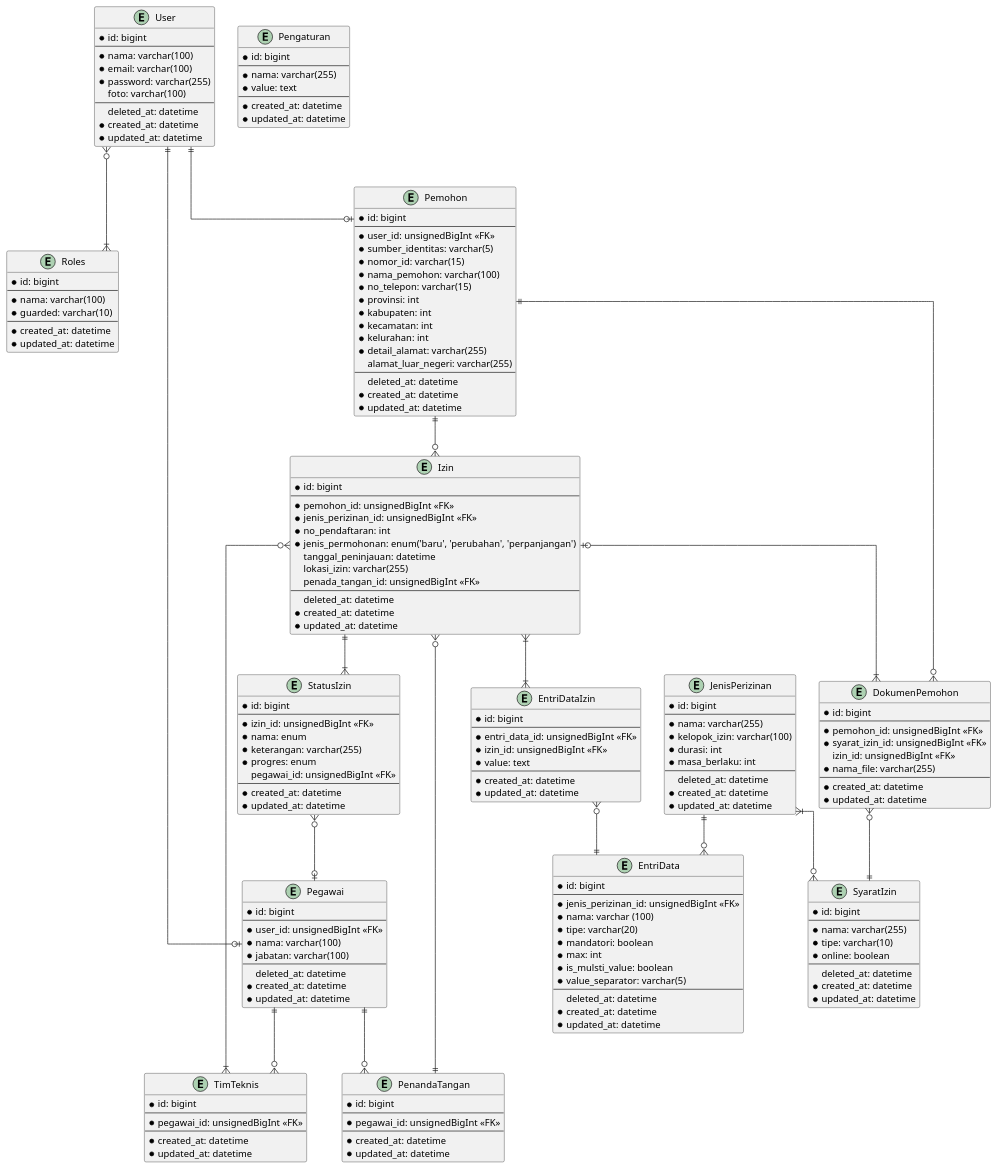
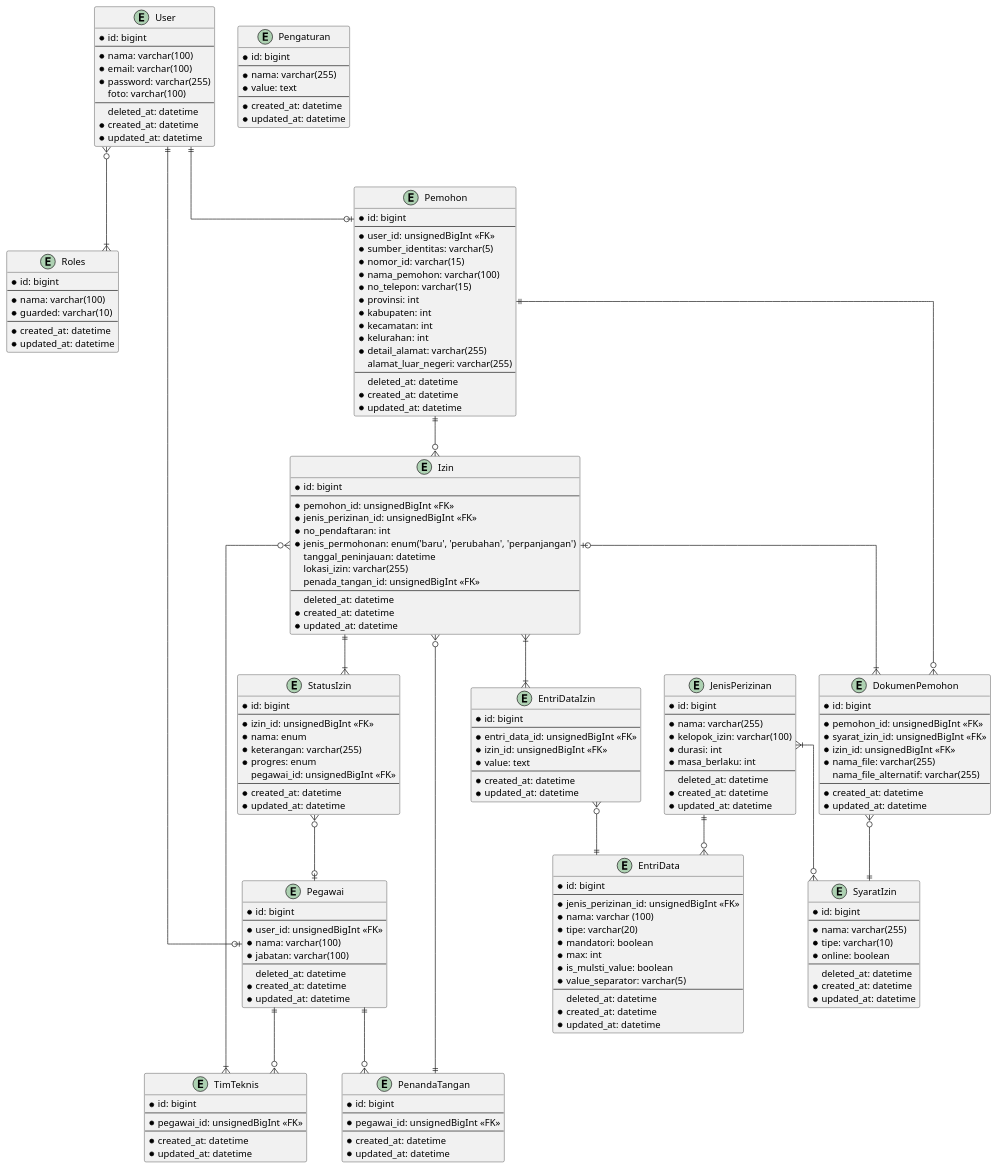
The diagram in docs/diagrams/src/database.puml (maleolabs/nest-nestara-web), drawn with PlantUML before and after one commit. The commit also changed 17 other files, not shown here.

```diff
--- a/docs/diagrams/src/database.puml
+++ b/docs/diagrams/src/database.puml
@@ -1,199 +1,200 @@
 @startuml pmptsp
 
 skinparam linetype ortho
 
 entity User {
     * id: bigint
     --
     * nama: varchar(100)
     * email: varchar(100)
     * password: varchar(255)
       foto: varchar(100)
     --
       deleted_at: datetime
     * created_at: datetime
     * updated_at: datetime
 }
 
 entity Roles {
     * id: bigint
     --
     * nama: varchar(100)
     * guarded: varchar(10)
     --
     * created_at: datetime
     * updated_at: datetime
 }
 
 entity Pegawai {
     * id: bigint
     --
     * user_id: unsignedBigInt <<FK>>
     * nama: varchar(100)
     * jabatan: varchar(100)
     --
       deleted_at: datetime
     * created_at: datetime
     * updated_at: datetime
 }
 
 entity PenandaTangan {
     * id: bigint
     --
     * pegawai_id: unsignedBigInt <<FK>>
     --
     * created_at: datetime
     * updated_at: datetime
 }
 
 entity TimTeknis {
     * id: bigint
     --
     * pegawai_id: unsignedBigInt <<FK>>
     --
     * created_at: datetime
     * updated_at: datetime
 }
 
 entity Pemohon {
     * id: bigint
     --
     * user_id: unsignedBigInt <<FK>>
     * sumber_identitas: varchar(5)
     * nomor_id: varchar(15)
     * nama_pemohon: varchar(100)
     * no_telepon: varchar(15)
     * provinsi: int
     * kabupaten: int
     * kecamatan: int
     * kelurahan: int
     * detail_alamat: varchar(255)
       alamat_luar_negeri: varchar(255)
     --
       deleted_at: datetime
     * created_at: datetime
     * updated_at: datetime
 }
 
 entity JenisPerizinan {
     * id: bigint
     --
     * nama: varchar(255)
     * kelopok_izin: varchar(100)
     * durasi: int
     * masa_berlaku: int
     --
       deleted_at: datetime
     * created_at: datetime
     * updated_at: datetime
 }
 
 entity EntriData {
     * id: bigint
     --
     * jenis_perizinan_id: unsignedBigInt <<FK>>
     * nama: varchar (100)
     * tipe: varchar(20)
     * mandatori: boolean
     * max: int
     * is_mulsti_value: boolean
     * value_separator: varchar(5)
     --
       deleted_at: datetime
     * created_at: datetime
     * updated_at: datetime
 }
 
 entity SyaratIzin {
     * id: bigint
     --
     * nama: varchar(255)
     * tipe: varchar(10)
     * online: boolean
     --
       deleted_at: datetime
     * created_at: datetime
     * updated_at: datetime
 }
 
 entity DokumenPemohon {
     * id: bigint
     --
     * pemohon_id: unsignedBigInt <<FK>>
     * syarat_izin_id: unsignedBigInt <<FK>>
-      izin_id: unsignedBigInt <<FK>>
+    * izin_id: unsignedBigInt <<FK>>
     * nama_file: varchar(255)
+      nama_file_alternatif: varchar(255)
     --
     * created_at: datetime
     * updated_at: datetime
 }
 
 entity Izin {
     * id: bigint
     --
     * pemohon_id: unsignedBigInt <<FK>>
     * jenis_perizinan_id: unsignedBigInt <<FK>>
     * no_pendaftaran: int
     * jenis_permohonan: enum('baru', 'perubahan', 'perpanjangan')
       tanggal_peninjauan: datetime
       lokasi_izin: varchar(255)
       penada_tangan_id: unsignedBigInt <<FK>>
     --
       deleted_at: datetime
     * created_at: datetime
     * updated_at: datetime
 }
 
 entity StatusIzin {
     * id: bigint
     --
     * izin_id: unsignedBigInt <<FK>>
     * nama: enum
     * keterangan: varchar(255)
     * progres: enum
       pegawai_id: unsignedBigInt <<FK>>
     --
     * created_at: datetime
     * updated_at: datetime
 }
 
 entity EntriDataIzin {
     * id: bigint
     --
     * entri_data_id: unsignedBigInt <<FK>>
     * izin_id: unsignedBigInt <<FK>>
     * value: text
     --
     * created_at: datetime
     * updated_at: datetime
 }
 
 entity Pengaturan {
     * id: bigint
     --
     * nama: varchar(255)
     * value: text
     --
     * created_at: datetime
     * updated_at: datetime
 }
 
 User }o--|{ Roles
 User ||--o| Pemohon
 User ||--o| Pegawai
 Pegawai ||--o{ PenandaTangan
 Pegawai ||--o{ TimTeknis
 JenisPerizinan }|--o{ SyaratIzin
 JenisPerizinan ||--o{ EntriData
 EntriDataIzin }o--|| EntriData
 DokumenPemohon }o--|| Pemohon
 DokumenPemohon }o--|| SyaratIzin
 Pemohon ||--o{ Izin
 Izin |o--|{ DokumenPemohon
 Izin ||--|{ StatusIzin
 Izin }|--|{ EntriDataIzin
 Izin }o--|| PenandaTangan
 Izin }o--|{ TimTeknis
 StatusIzin }o--o| Pegawai
 
 @enduml
```
